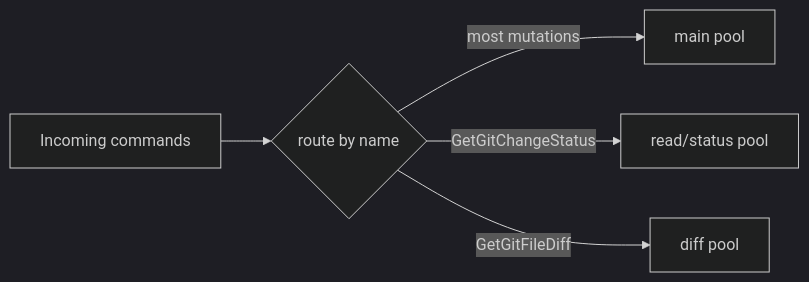
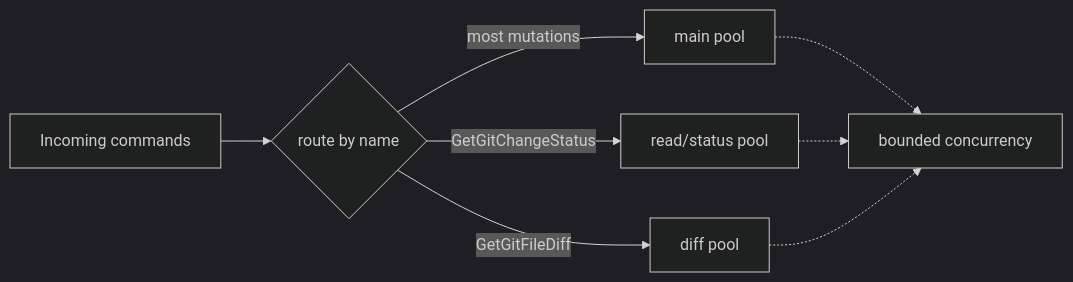
The second of 6 diagrams in docs/architecture/04-runtime-communication-and-concurrency.md (Jandini/GrayMoon), drawn with Mermaid (dark theme) before and after one commit. The commit also changed 10 other files, not shown here.

````diff
--- a/docs/architecture/04-runtime-communication-and-concurrency.md
+++ b/docs/architecture/04-runtime-communication-and-concurrency.md
@@ -40,7 +40,10 @@
 ```mermaid
 flowchart LR
   In["Incoming commands"] --> Route{"route by name"}
   Route -->|"most mutations"| Main["main pool"]
   Route -->|"GetGitChangeStatus"| Read["read/status pool"]
   Route -->|"GetGitFileDiff"| Diff["diff pool"]
+  Main -.-> Cap["bounded concurrency"]
+  Read -.-> Cap
+  Diff -.-> Cap
 ```
````
